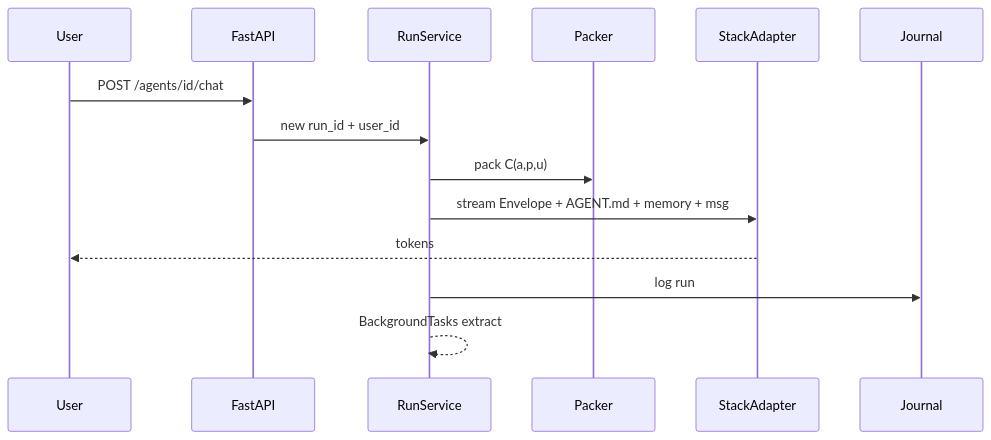
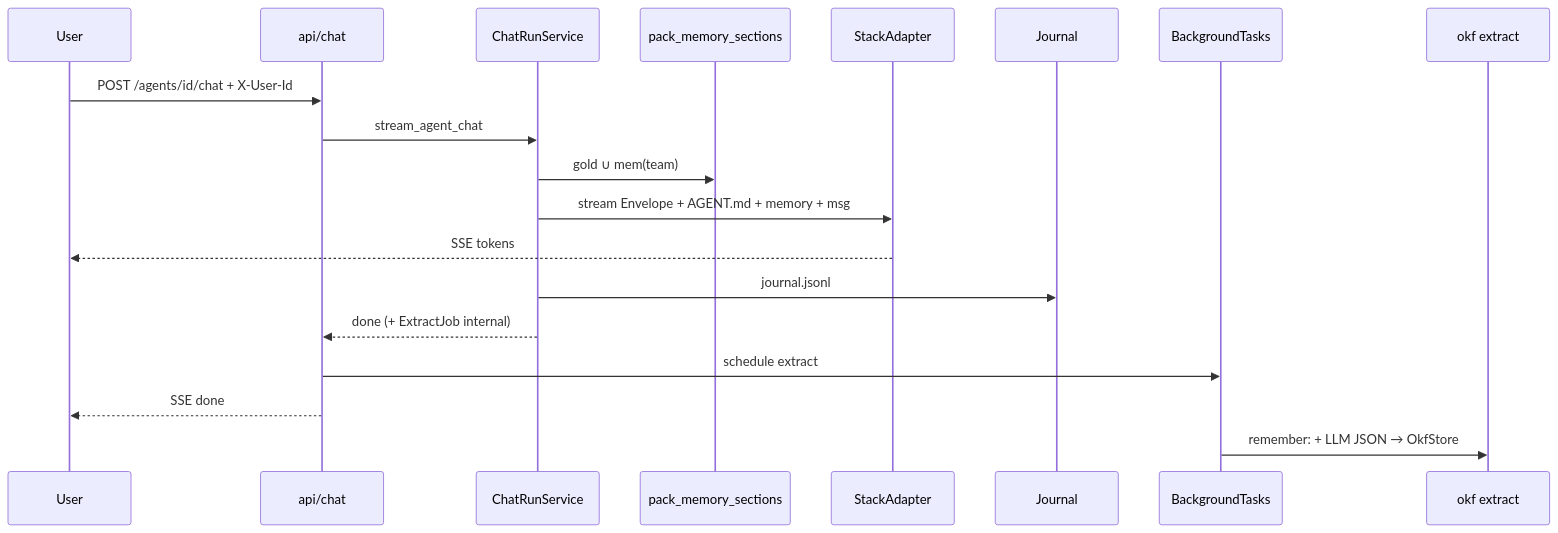
One commit to abhishekjasani/AgentAnyStack changed the diagram in docs/architecture/05_RUN_PATH.md. Above: the diagram before and after it, drawn with Mermaid. The commit also changed other lines of this file and 12 other files, not shown here.

Commit message:
feat: implement post-run OKF extraction and background task scheduling

````diff
--- a/docs/architecture/05_RUN_PATH.md
+++ b/docs/architecture/05_RUN_PATH.md
@@ -5,17 +5,22 @@
 ```mermaid
 sequenceDiagram
     participant U as User
-    participant API as FastAPI
-    participant ORC as RunService
-    participant P as Packer
+    participant API as api/chat
+    participant ORC as ChatRunService
+    participant P as pack_memory_sections
     participant A as StackAdapter
     participant J as Journal
+    participant BT as BackgroundTasks
+    participant E as okf extract
 
-    U->>API: POST /agents/id/chat
-    API->>ORC: new run_id + user_id
-    ORC->>P: pack C(a,p,u)
+    U->>API: POST /agents/id/chat + X-User-Id
+    API->>ORC: stream_agent_chat
+    ORC->>P: gold ∪ mem(team)
     ORC->>A: stream Envelope + AGENT.md + memory + msg
-    A-->>U: tokens
-    ORC->>J: log run
-    ORC-->>ORC: BackgroundTasks extract
+    A-->>U: SSE tokens
+    ORC->>J: journal.jsonl
+    ORC-->>API: done (+ ExtractJob internal)
+    API->>BT: schedule extract
+    API-->>U: SSE done
+    BT->>E: remember: + LLM JSON → OkfStore
 ```
````
